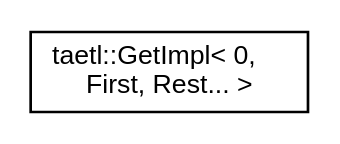
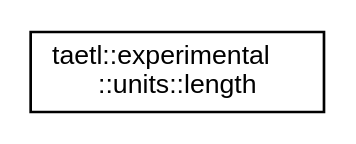
One commit to tobanteAudio/taetl changed the diagram in inherit_graph_14.dot. Above: the diagram before and after it, drawn with Graphviz. The commit also changed 127 other files, not shown here.

```diff
--- a/inherit_graph_14.dot
+++ b/inherit_graph_14.dot
@@ -1,7 +1,7 @@
 digraph "Graphical Class Hierarchy"
 {
   edge [fontname="Helvetica",fontsize="10",labelfontname="Helvetica",labelfontsize="10"];
   node [fontname="Helvetica",fontsize="10",shape=record];
   rankdir="LR";
-  Node0 [label="taetl::GetImpl\< 0,\l First, Rest... \>",height=0.2,width=0.4,color="black", fillcolor="white", style="filled",URL="$structtaetl_1_1GetImpl_3_010_00_01First_00_01Rest_8_8_8_01_4.html"];
+  Node0 [label="taetl::experimental\l::units::length",height=0.2,width=0.4,color="black", fillcolor="white", style="filled",URL="$structtaetl_1_1experimental_1_1units_1_1length.html"];
 }
```
